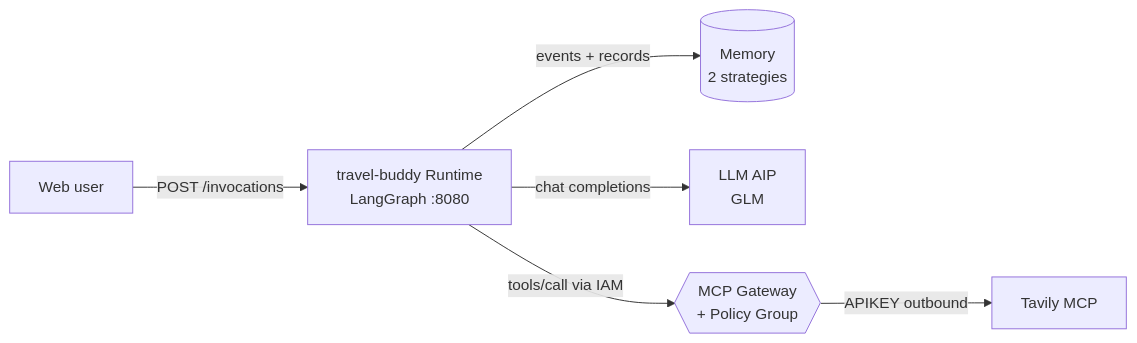
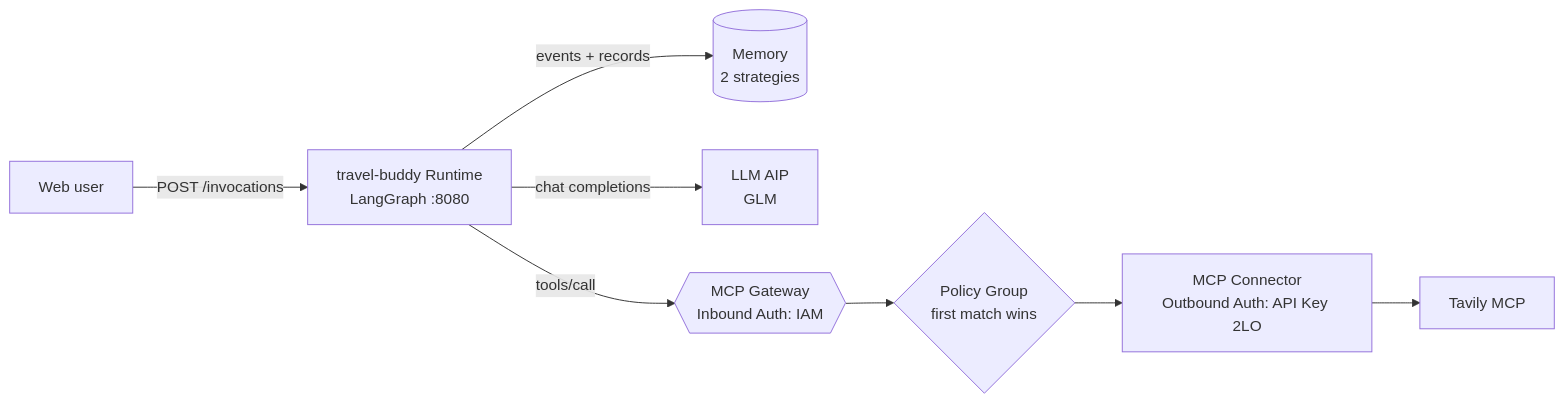
Before and after one commit to GreenNode-Sample-AgentBase/greennode-agentbase-travel-buddy: the diagram in README.md, drawn with Mermaid. The commit also changed other lines of this file and 28 other files, not shown here.

First line of the commit message:
docs: network diagrams theo mô hình AgentBase VPC + fix memory headers

````diff
--- a/README.md
+++ b/README.md
@@ -33,8 +33,10 @@
 ```mermaid
 flowchart LR
     U[Web user] -->|POST /invocations| R[travel-buddy Runtime<br/>LangGraph :8080]
     R -->|events + records| M[(Memory<br/>2 strategies)]
     R -->|chat completions| L[LLM AIP<br/>GLM]
-    R -->|tools/call via IAM| G{{MCP Gateway<br/>+ Policy Group}}
-    G -->|APIKEY outbound| T[Tavily MCP]
+    R -->|tools/call| G{{MCP Gateway<br/>Inbound Auth: IAM}}
+    G --> P{Policy Group<br/>first match wins}
+    P --> C[MCP Connector<br/>Outbound Auth: API Key 2LO]
+    C --> T[Tavily MCP]
 ```
````
